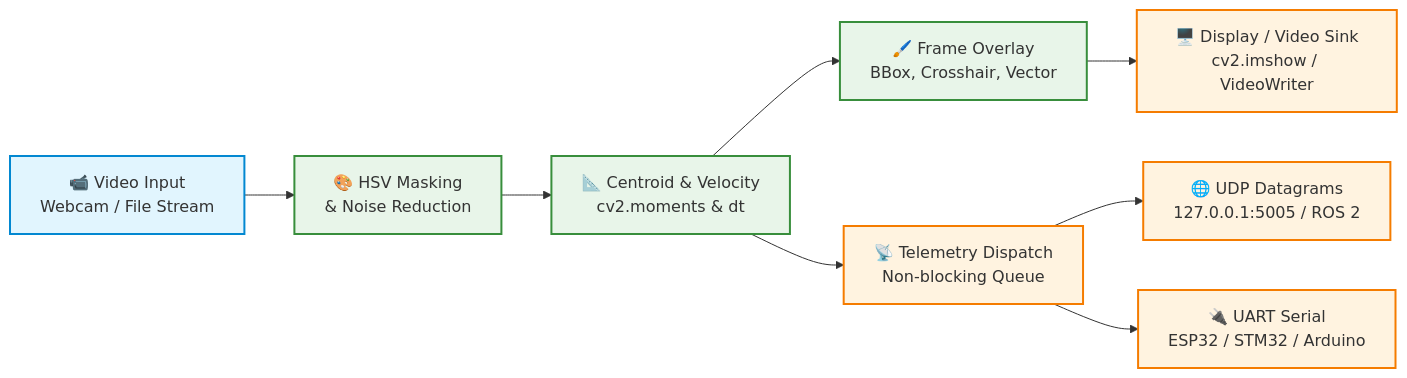
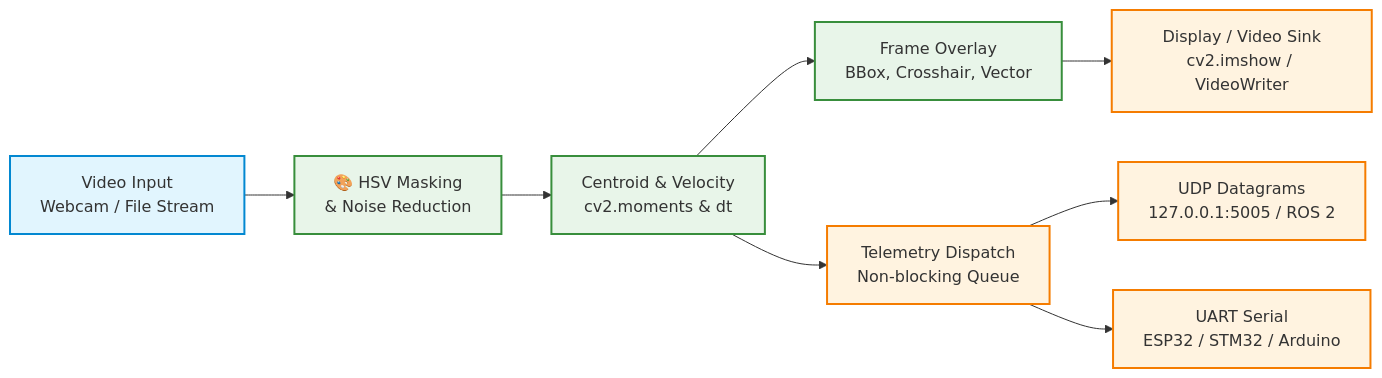
The diagram in README.md (Mastarmynde001/vision-target-tracker), drawn with Mermaid before and after one commit. The commit also changed other lines of this file, not shown here.

````diff
--- a/README.md
+++ b/README.md
@@ -17,19 +17,19 @@
 ```mermaid
 flowchart LR
-    A[📹 Video Input<br/>Webcam / File Stream] --> B[🎨 HSV Masking<br/>& Noise Reduction]
-    B --> C[📐 Centroid & Velocity<br/>cv2.moments & dt]
-    C --> D[🖌️ Frame Overlay<br/>BBox, Crosshair, Vector]
-    C --> E[📡 Telemetry Dispatch<br/>Non-blocking Queue]
+    A[Video Input<br/>Webcam / File Stream] --> B[🎨 HSV Masking<br/>& Noise Reduction]
+    B --> C[Centroid & Velocity<br/>cv2.moments & dt]
+    C --> D[Frame Overlay<br/>BBox, Crosshair, Vector]
+    C --> E[Telemetry Dispatch<br/>Non-blocking Queue]
     
-    D --> F[🖥️ Display / Video Sink<br/>cv2.imshow / VideoWriter]
-    E --> G[🌐 UDP Datagrams<br/>127.0.0.1:5005 / ROS 2]
-    E --> H[🔌 UART Serial<br/>ESP32 / STM32 / Arduino]
+    D --> F[Display / Video Sink<br/>cv2.imshow / VideoWriter]
+    E --> G[UDP Datagrams<br/>127.0.0.1:5005 / ROS 2]
+    E --> H[UART Serial<br/>ESP32 / STM32 / Arduino]
 
     classDef input fill:#e1f5fe,stroke:#0288d1,stroke-width:2px;
     classDef process fill:#e8f5e9,stroke:#388e3c,stroke-width:2px;
     classDef output fill:#fff3e0,stroke:#f57c00,stroke-width:2px;
 
     class A input;
     class B,C,D process;
     class E,F,G,H output;
 ```
````
